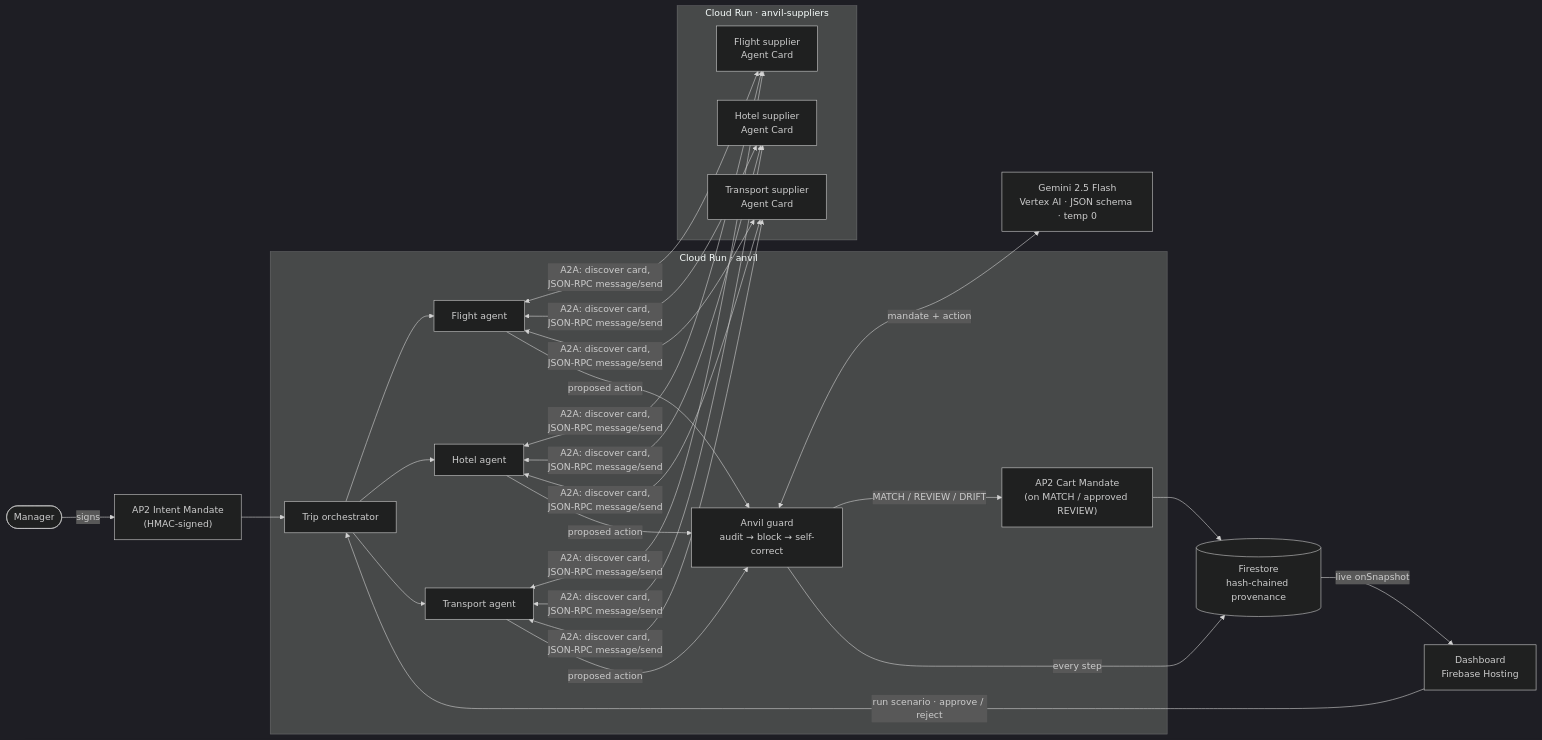
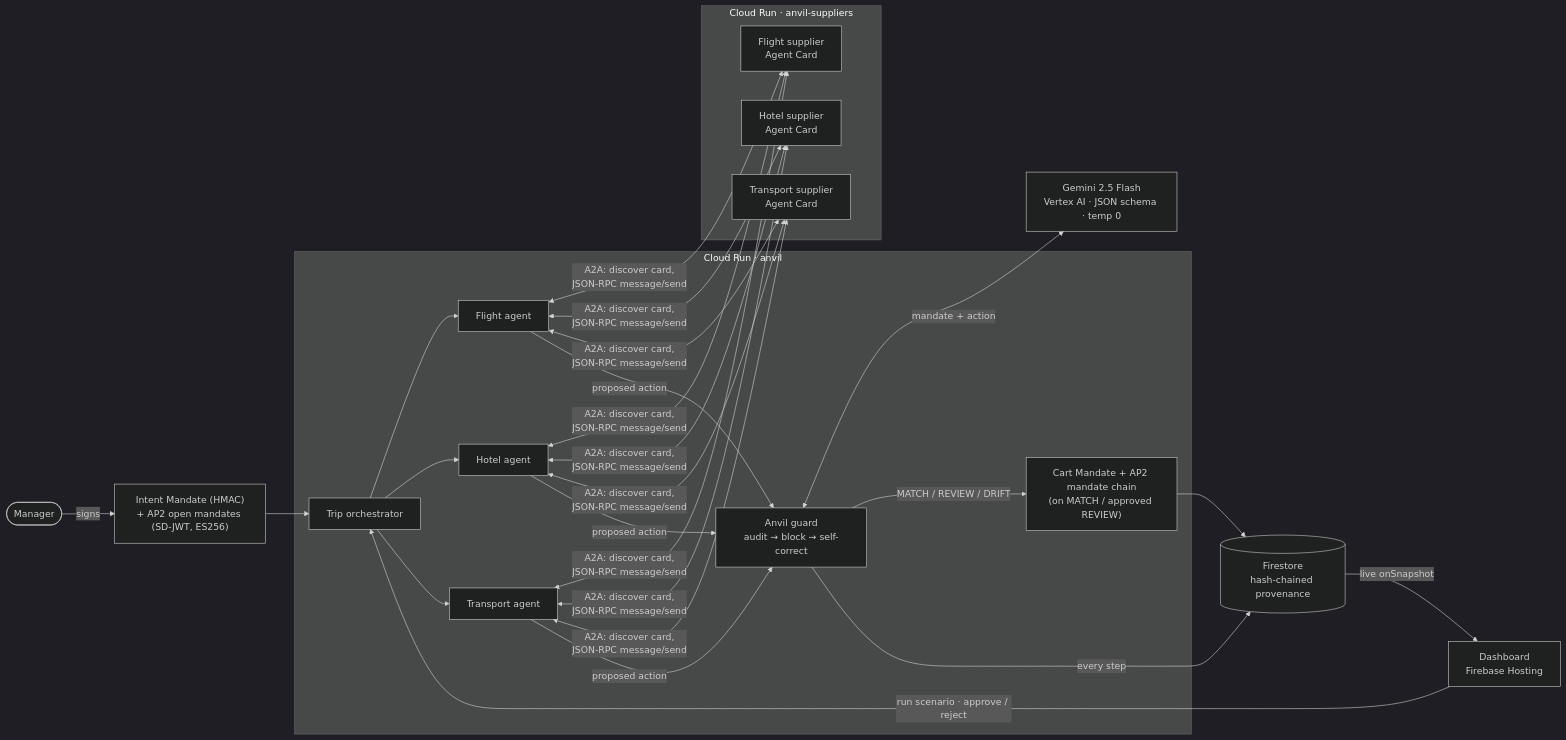
Before and after one commit to Adhi1402/anvil: the diagram in README.md, drawn with Mermaid (dark theme). The commit also changed other lines of this file and 4 other files, not shown here.

````diff
--- a/README.md
+++ b/README.md
@@ -39,29 +39,29 @@
 ```mermaid
 flowchart LR
-    M(["Manager"]) -- "signs" --> IM["AP2 Intent Mandate<br/>(HMAC-signed)"]
+    M(["Manager"]) -- "signs" --> IM["Intent Mandate (HMAC)<br/>+ AP2 open mandates (SD-JWT, ES256)"]
     IM --> ORCH
 
     subgraph CR["Cloud Run · anvil"]
         ORCH["Trip orchestrator"]
         ORCH --> FA["Flight agent"]
         ORCH --> HA["Hotel agent"]
         ORCH --> TA["Transport agent"]
         GUARD["Anvil guard<br/>audit → block → self-correct"]
-        CART["AP2 Cart Mandate<br/>(on MATCH / approved REVIEW)"]
+        CART["Cart Mandate + AP2 mandate chain<br/>(on MATCH / approved REVIEW)"]
     end
 
     subgraph SUP["Cloud Run · anvil-suppliers"]
         SF["Flight supplier<br/>Agent Card"]
         SH["Hotel supplier<br/>Agent Card"]
         ST["Transport supplier<br/>Agent Card"]
     end
 
     FA & HA & TA <-- "A2A: discover card,<br/>JSON-RPC message/send" --> SF & SH & ST
     FA & HA & TA -- "proposed action" --> GUARD
     GUARD <-- "mandate + action" --> G["Gemini 2.5 Flash<br/>Vertex AI · JSON schema · temp 0"]
     GUARD -- "MATCH / REVIEW / DRIFT" --> CART
     GUARD -- "every step" --> FS[("Firestore<br/>hash-chained provenance")]
     CART --> FS
     FS -- "live onSnapshot" --> UI["Dashboard<br/>Firebase Hosting"]
     UI -- "run scenario · approve / reject" --> ORCH
 ```
````
